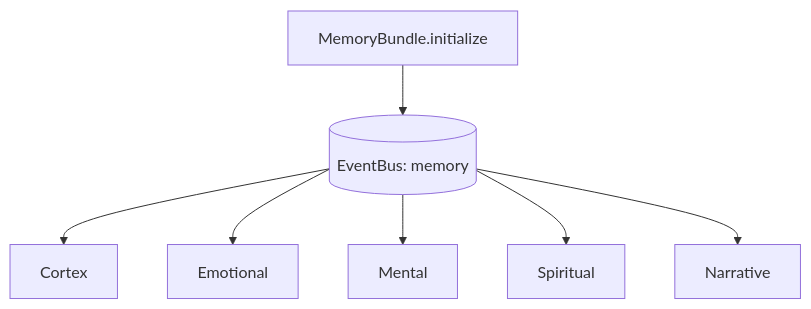
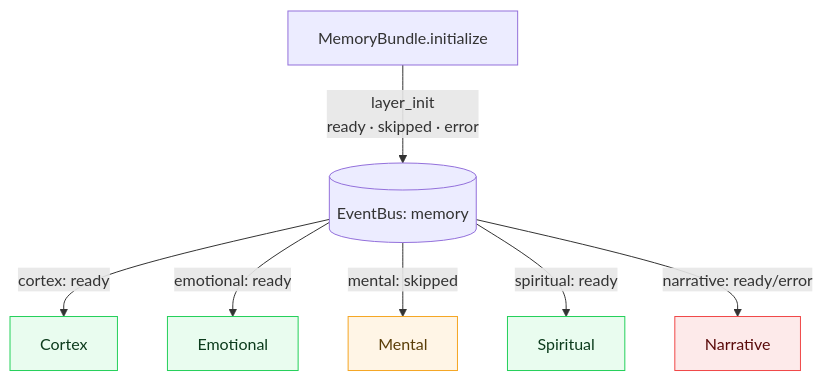
One commit to DINGIRABZU/ABZU changed the diagram in docs/figures/layer_init_broadcast.mmd. Above: the diagram before and after it, drawn with Mermaid. The commit also changed 12 other files, not shown here.

Commit message:
Update memory layer readiness terminology

```diff
--- a/docs/figures/layer_init_broadcast.mmd
+++ b/docs/figures/layer_init_broadcast.mmd
@@ -1,10 +1,16 @@
 %% Layer initialization broadcast diagram
-%% Version: v1.0.0
-%% Last updated: 2025-09-05
+%% Version: v1.1.0
+%% Last updated: 2025-10-07
 graph TD
-    MB[MemoryBundle.initialize] --> EB[(EventBus: memory)]
-    EB --> Cortex[Cortex]
-    EB --> Emotional[Emotional]
-    EB --> Mental[Mental]
-    EB --> Spiritual[Spiritual]
-    EB --> Narrative[Narrative]
+    MB[MemoryBundle.initialize] -- layer_init<br/>ready · skipped · error --> EB[(EventBus: memory)]
+    EB -->|cortex: ready| Cortex[Cortex]
+    EB -->|emotional: ready| Emotional[Emotional]
+    EB -->|mental: skipped| Mental[Mental]
+    EB -->|spiritual: ready| Spiritual[Spiritual]
+    EB -->|narrative: ready/error| Narrative[Narrative]
+    classDef ready stroke:#24d05a,fill:#e9fcef,color:#0c3b1c;
+    classDef skipped stroke:#f5a623,fill:#fff5e6,color:#5a3d07;
+    classDef error stroke:#f04747,fill:#fdeaea,color:#5a0a0a;
+    class Cortex,Emotional,Spiritual ready;
+    class Mental skipped;
+    class Narrative error;
```
